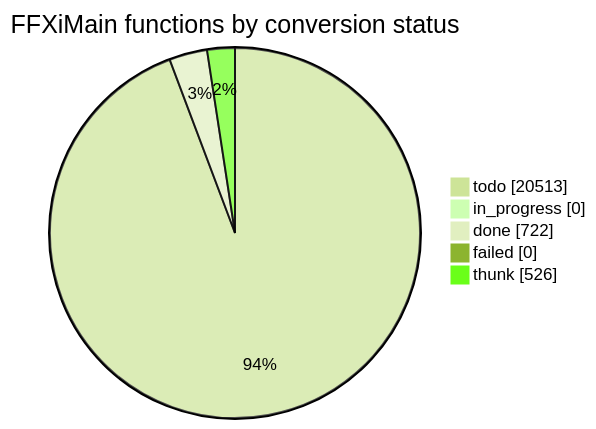
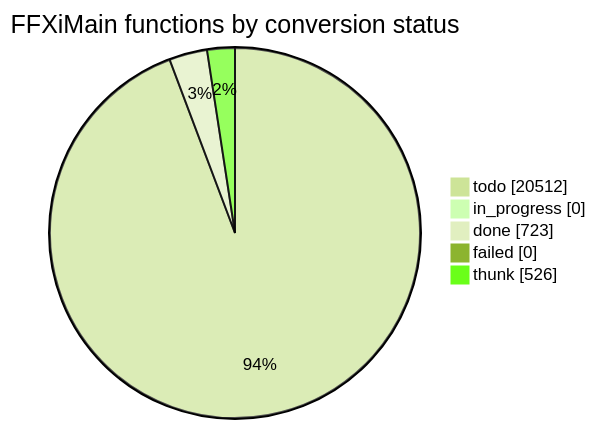
One commit to cowrevenge/cow_kuluu_xi_anything changed the diagram in docs/cow/STATUS.md. Above: the diagram before and after it, drawn with Mermaid (forest theme). The commit also changed other lines of this file and 9 other files, not shown here.

````diff
--- a/docs/cow/STATUS.md
+++ b/docs/cow/STATUS.md
@@ -18,9 +18,9 @@
 ```mermaid
 pie showData
     title FFXiMain functions by conversion status
-    "todo" : 20513
+    "todo" : 20512
     "in_progress" : 0
-    "done" : 722
+    "done" : 723
     "failed" : 0
     "thunk" : 526
 ```
````
